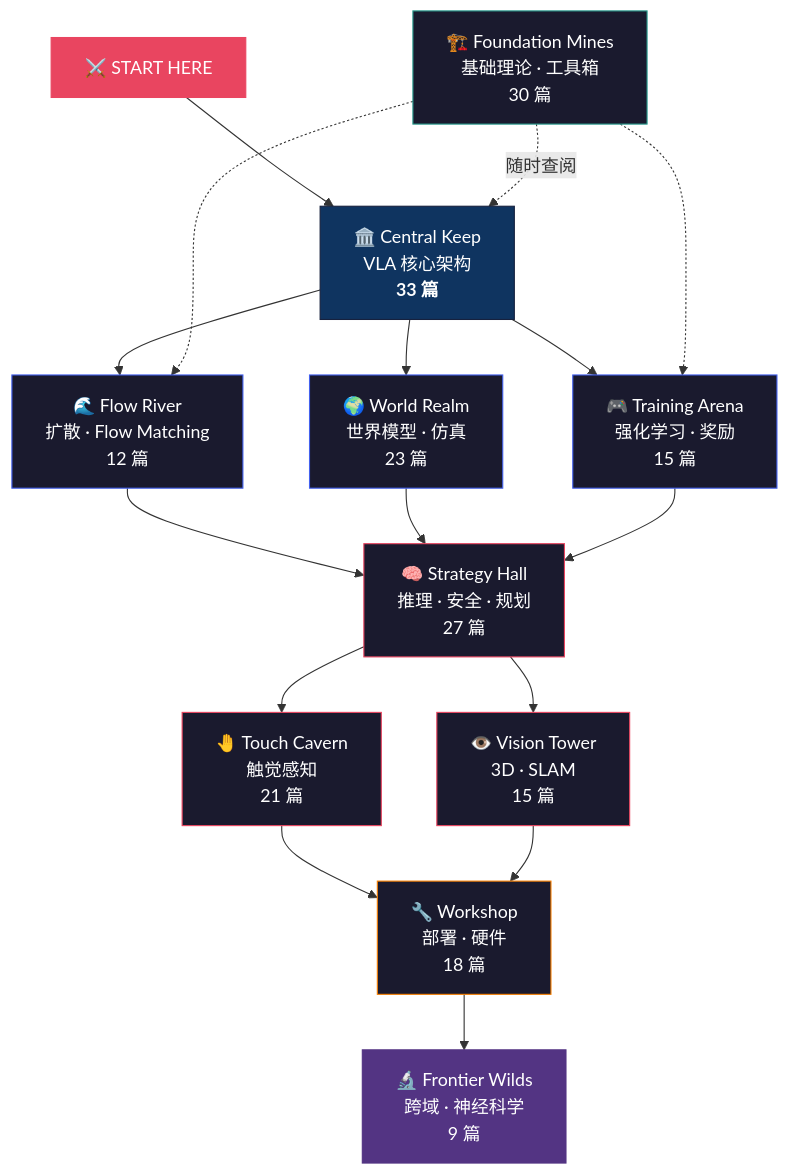
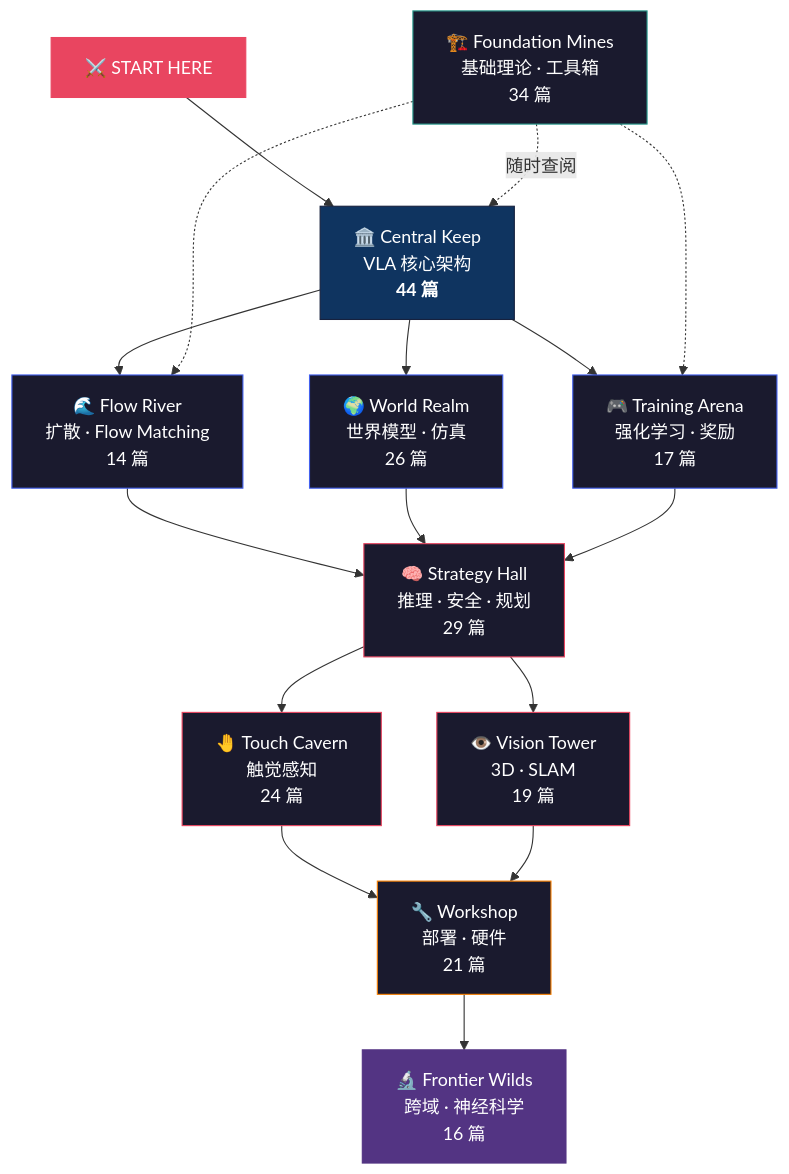
Before and after one commit to sou350121/VLA-Handbook: the diagram in theory/README.md, drawn with Mermaid. The commit also changed other lines of this file and 11 other files, not shown here.

````diff
--- a/theory/README.md
+++ b/theory/README.md
@@ -27,36 +27,36 @@
 ```mermaid
 graph TD
-    START["⚔️ START HERE"] --> CORE["🏛️ Central Keep<br/>VLA 核心架构<br/><b>33 篇</b>"]
+    START["⚔️ START HERE"] --> CORE["🏛️ Central Keep<br/>VLA 核心架构<br/><b>44 篇</b>"]
 
-    CORE --> FLOW["🌊 Flow River<br/>扩散 · Flow Matching<br/>12 篇"]
-    CORE --> WORLD["🌍 World Realm<br/>世界模型 · 仿真<br/>23 篇"]
-    CORE --> RL["🎮 Training Arena<br/>强化学习 · 奖励<br/>15 篇"]
+    CORE --> FLOW["🌊 Flow River<br/>扩散 · Flow Matching<br/>14 篇"]
+    CORE --> WORLD["🌍 World Realm<br/>世界模型 · 仿真<br/>26 篇"]
+    CORE --> RL["🎮 Training Arena<br/>强化学习 · 奖励<br/>17 篇"]
 
-    FLOW --> PLAN["🧠 Strategy Hall<br/>推理 · 安全 · 规划<br/>27 篇"]
+    FLOW --> PLAN["🧠 Strategy Hall<br/>推理 · 安全 · 规划<br/>29 篇"]
     WORLD --> PLAN
     RL --> PLAN
 
-    PLAN --> TOUCH["🤚 Touch Cavern<br/>触觉感知<br/>21 篇"]
-    PLAN --> EYE["👁️ Vision Tower<br/>3D · SLAM<br/>15 篇"]
+    PLAN --> TOUCH["🤚 Touch Cavern<br/>触觉感知<br/>24 篇"]
+    PLAN --> EYE["👁️ Vision Tower<br/>3D · SLAM<br/>19 篇"]
 
-    TOUCH --> DEPLOY["🔧 Workshop<br/>部署 · 硬件<br/>18 篇"]
+    TOUCH --> DEPLOY["🔧 Workshop<br/>部署 · 硬件<br/>21 篇"]
     EYE --> DEPLOY
 
-    DEPLOY --> FRONTIER["🔬 Frontier Wilds<br/>跨域 · 神经科学<br/>9 篇"]
+    DEPLOY --> FRONTIER["🔬 Frontier Wilds<br/>跨域 · 神经科学<br/>16 篇"]
 
-    FOUND["🏗️ Foundation Mines<br/>基础理论 · 工具箱<br/>30 篇"] -.->|随时查阅| CORE
+    FOUND["🏗️ Foundation Mines<br/>基础理论 · 工具箱<br/>34 篇"] -.->|随时查阅| CORE
     FOUND -.-> FLOW
     FOUND -.-> RL
 
     style START fill:#e94560,stroke:#e94560,color:#fff
     style CORE fill:#0f3460,stroke:#16213e,color:#fff
     style FLOW fill:#1a1a2e,stroke:#4361ee,color:#fff
     style WORLD fill:#1a1a2e,stroke:#4361ee,color:#fff
     style RL fill:#1a1a2e,stroke:#4361ee,color:#fff
     style PLAN fill:#1a1a2e,stroke:#e94560,color:#fff
     style TOUCH fill:#1a1a2e,stroke:#e94560,color:#fff
     style EYE fill:#1a1a2e,stroke:#e94560,color:#fff
     style DEPLOY fill:#1a1a2e,stroke:#f77f00,color:#fff
     style FRONTIER fill:#533483,stroke:#533483,color:#fff
     style FOUND fill:#1a1a2e,stroke:#2a9d8f,color:#fff
 ```
````
